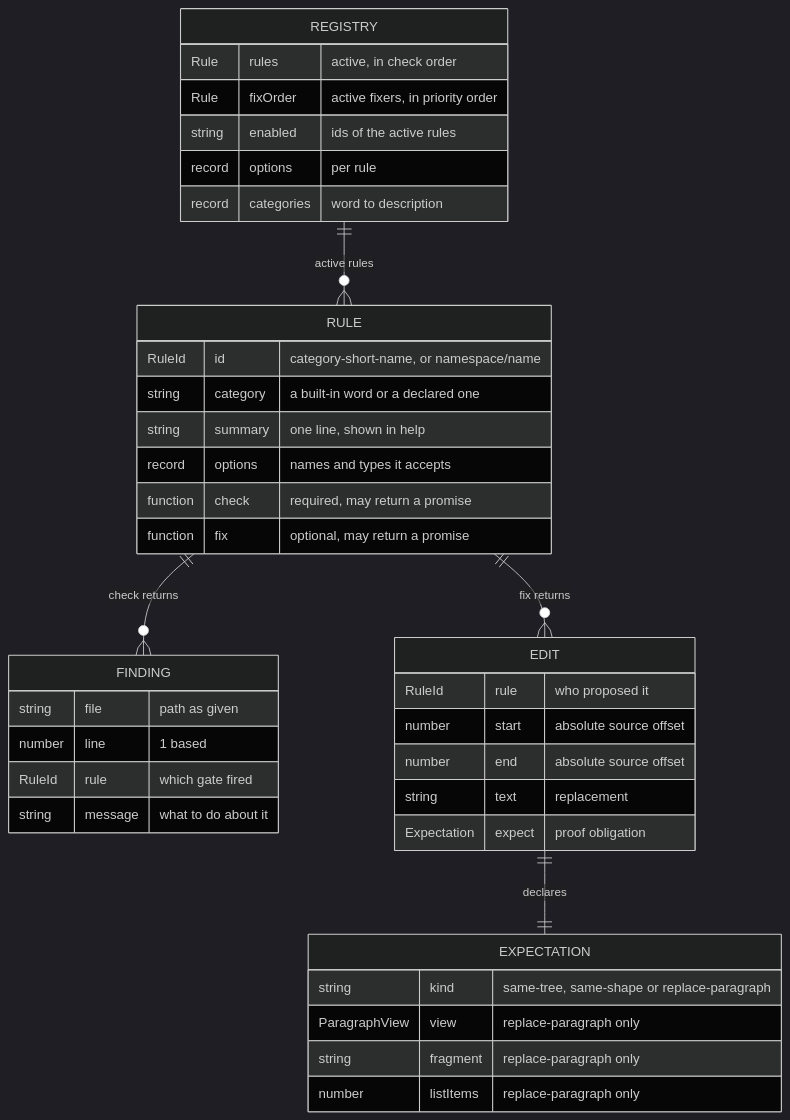
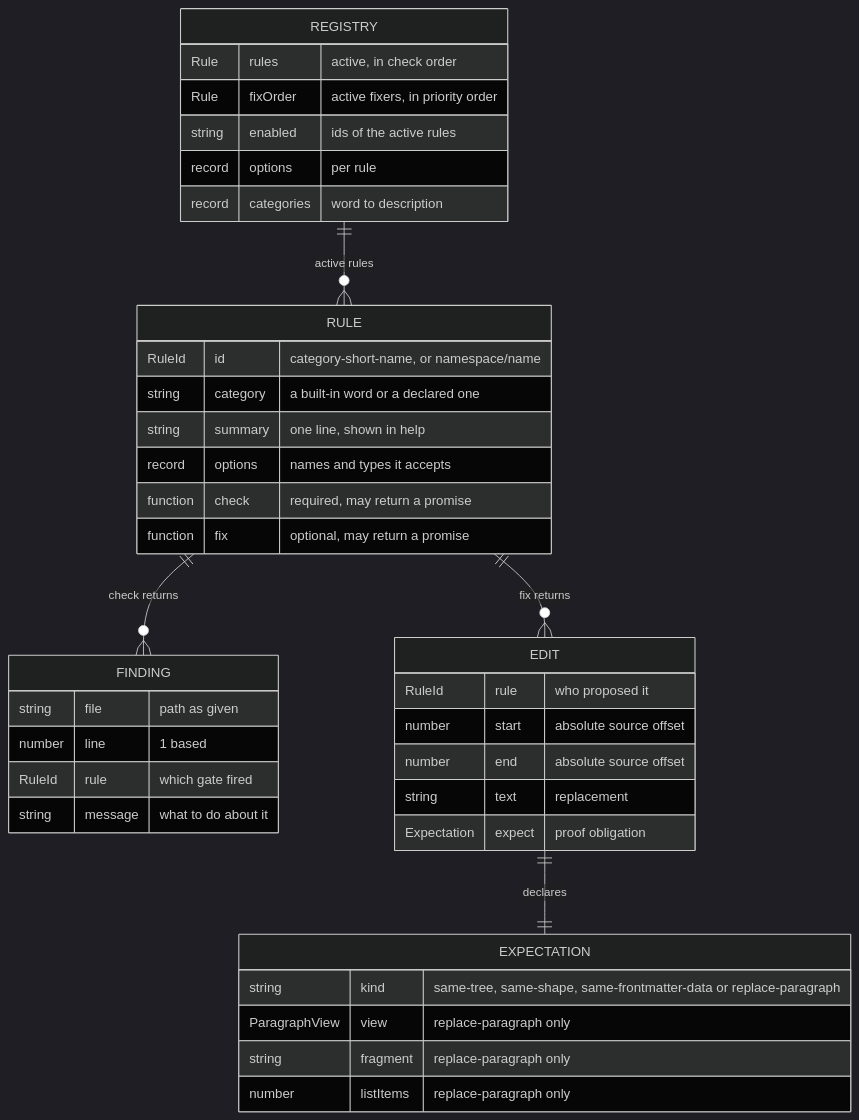
Before and after one commit to jpeakai/jpai-prose-gates: the fifth of 19 diagrams in docs/DATA_MODEL.md, drawn with Mermaid (dark theme). The commit also changed other lines of this file and 35 other files, not shown here.

````diff
--- a/docs/DATA_MODEL.md
+++ b/docs/DATA_MODEL.md
@@ -160,42 +160,42 @@
 ```mermaid
 erDiagram
     REGISTRY ||--o{ RULE : "active rules"
     RULE ||--o{ FINDING : "check returns"
     RULE ||--o{ EDIT : "fix returns"
     EDIT ||--|| EXPECTATION : "declares"
 
     REGISTRY {
         Rule rules "active, in check order"
         Rule fixOrder "active fixers, in priority order"
         string enabled "ids of the active rules"
         record options "per rule"
         record categories "word to description"
     }
     RULE {
         RuleId id "category-short-name, or namespace/name"
         string category "a built-in word or a declared one"
         string summary "one line, shown in help"
         record options "names and types it accepts"
         function check "required, may return a promise"
         function fix "optional, may return a promise"
     }
     FINDING {
         string file "path as given"
         number line "1 based"
         RuleId rule "which gate fired"
         string message "what to do about it"
     }
     EDIT {
         RuleId rule "who proposed it"
         number start "absolute source offset"
         number end "absolute source offset"
         string text "replacement"
         Expectation expect "proof obligation"
     }
     EXPECTATION {
-        string kind "same-tree, same-shape or replace-paragraph"
+        string kind "same-tree, same-shape, same-frontmatter-data or replace-paragraph"
         ParagraphView view "replace-paragraph only"
         string fragment "replace-paragraph only"
         number listItems "replace-paragraph only"
     }
 ```
````
